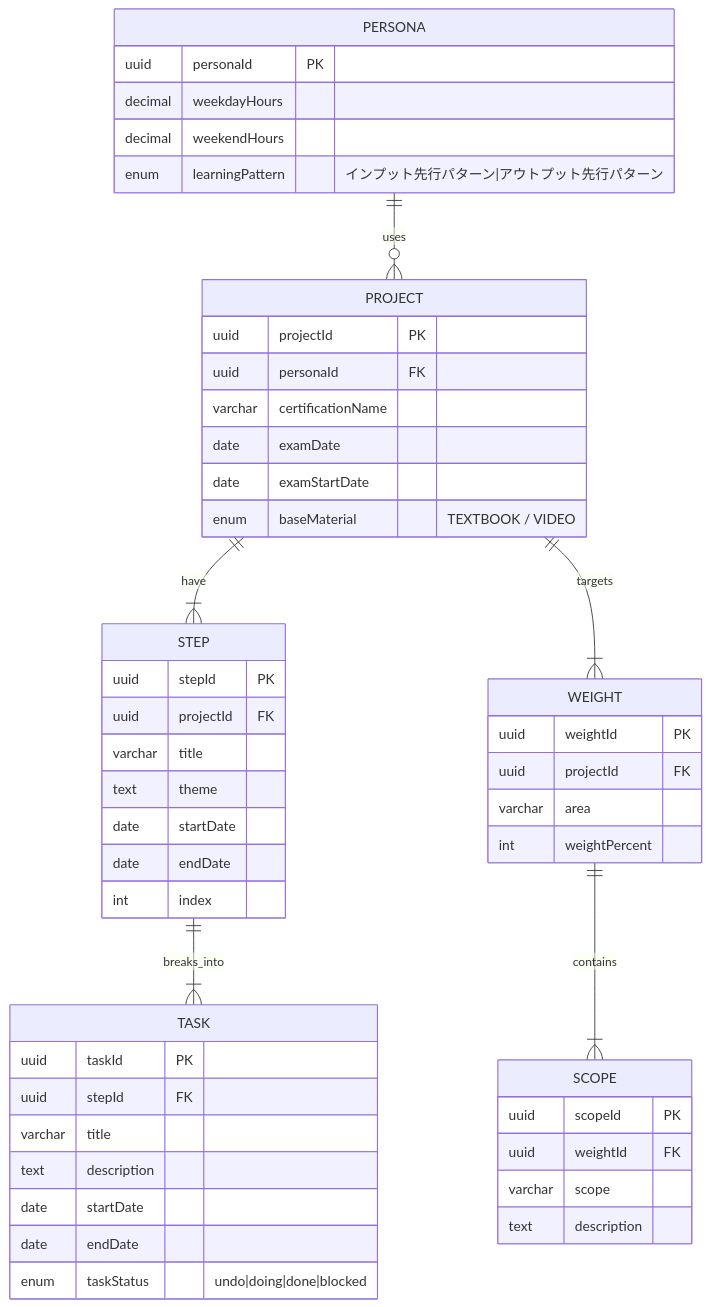
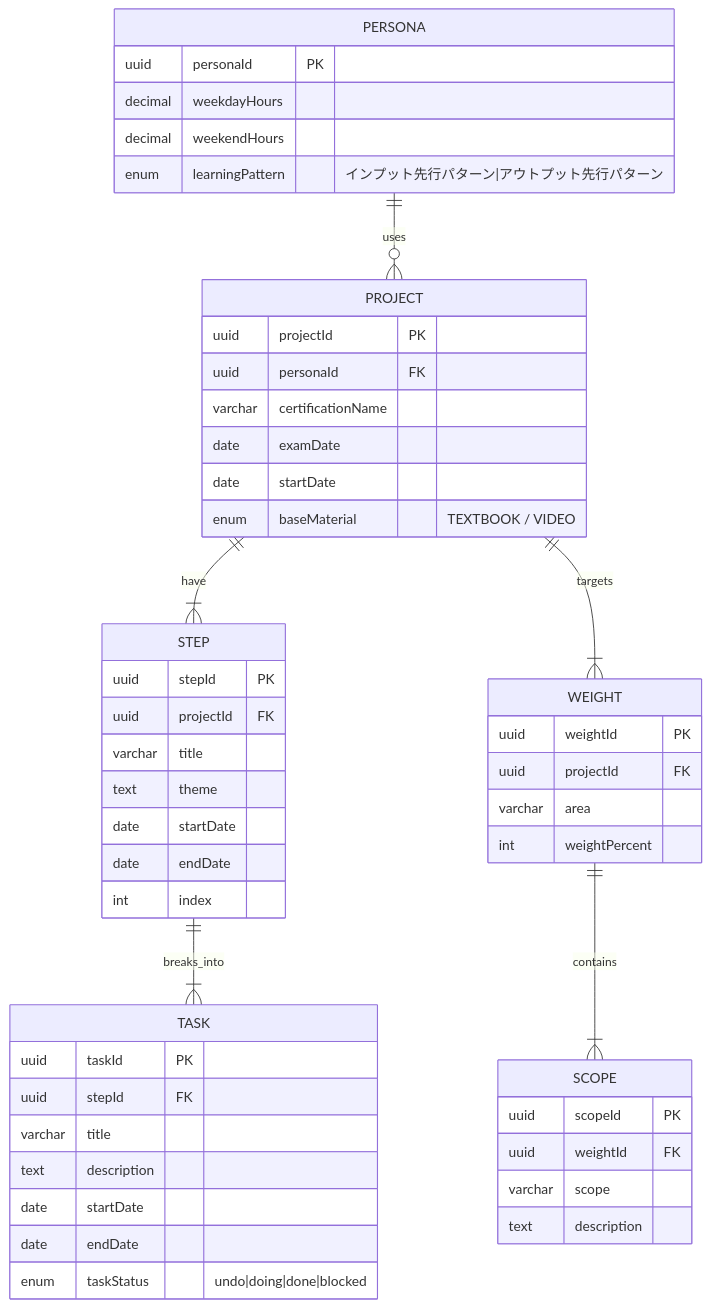
Before and after one commit to study-basic-hackathon/lazy-bear: the diagram in docs/設計/erDiagram.md, drawn with Mermaid.

Commit message:
projectテーブルの開始日カラムをstartDateに変更

````diff
--- a/docs/設計/erDiagram.md
+++ b/docs/設計/erDiagram.md
@@ -3,58 +3,58 @@
 ```mermaid
 erDiagram
     PROJECT ||--|{ STEP : have
     STEP ||--|{ TASK : breaks_into
     PERSONA ||--o{ PROJECT : uses
     PROJECT ||--|{ WEIGHT : targets
     WEIGHT ||--|{ SCOPE : contains
 
     PROJECT {
         uuid projectId PK
         uuid personaId FK
         varchar certificationName
         date examDate
-        date examStartDate
+        date startDate
         enum baseMaterial "TEXTBOOK / VIDEO"
     }
 
     STEP {
         uuid stepId PK
         uuid projectId FK
         varchar title
         text theme
         date startDate
         date endDate
         int index
     }
 
     TASK {
         uuid taskId PK
         uuid stepId FK
         varchar title
         text description
         date startDate
         date endDate
         enum taskStatus "undo|doing|done|blocked"
     }
 
     PERSONA {
         uuid personaId PK
         decimal weekdayHours
         decimal weekendHours
         enum learningPattern "インプット先行パターン|アウトプット先行パターン"
     }
 
     WEIGHT {
         uuid weightId PK
         uuid projectId FK
         varchar area
         int weightPercent
     }
 
     SCOPE {
         uuid scopeId PK
         uuid weightId FK
         varchar scope
         text description
     }
 ```
````
